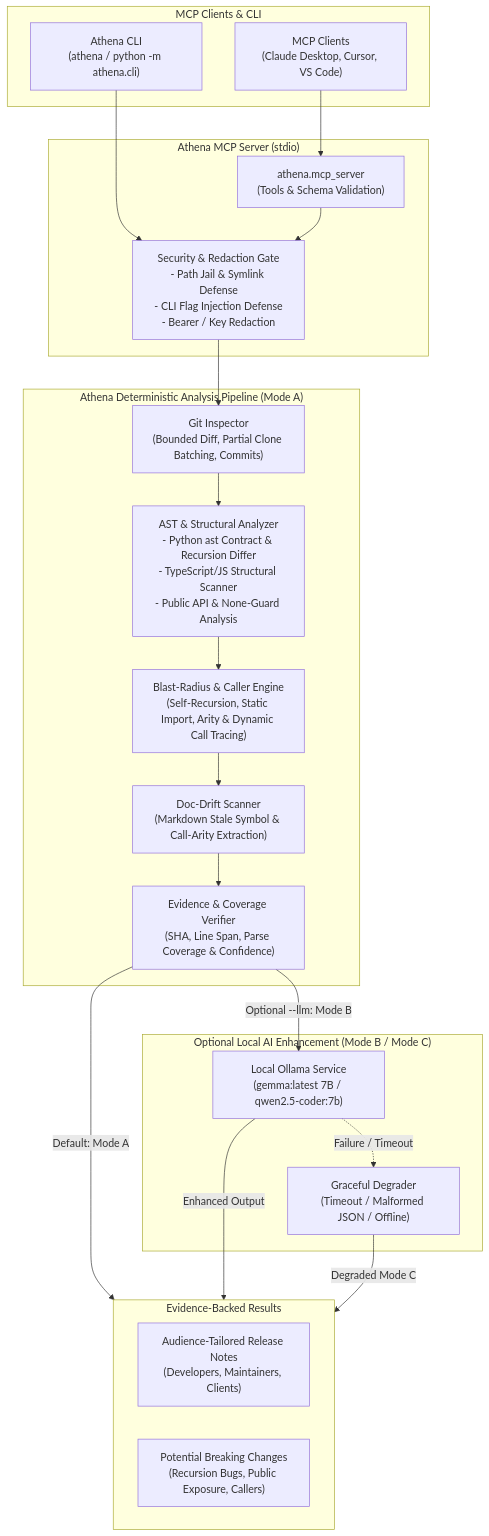
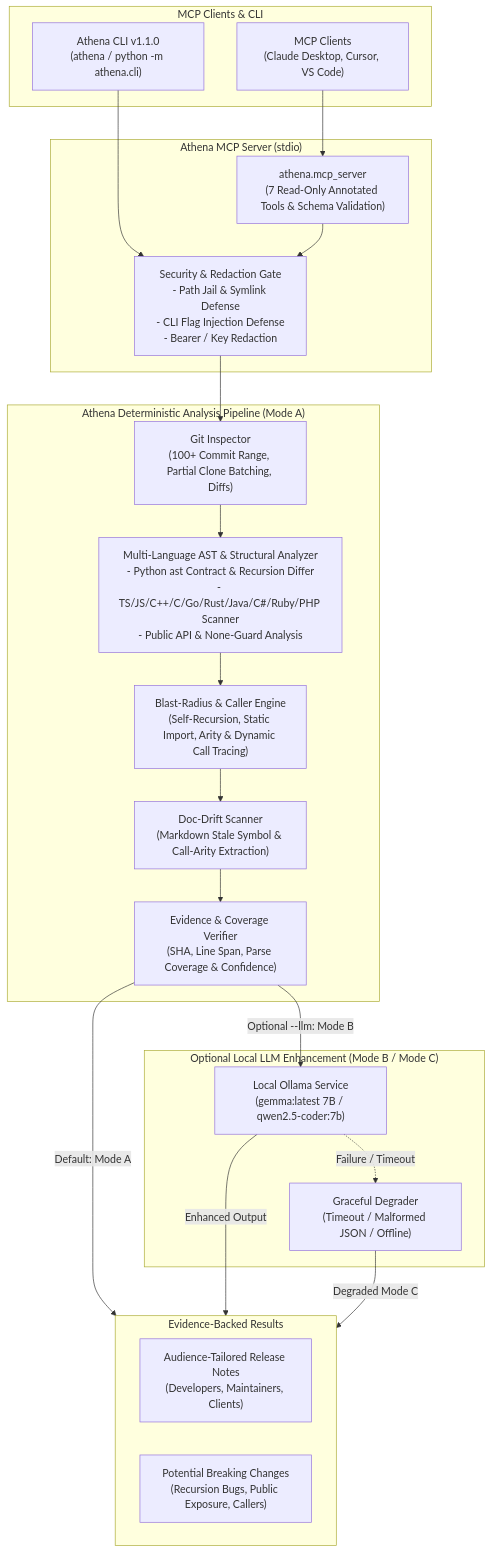
The diagram in README.md (Gh0stlyKn1ght/athena), drawn with Mermaid before and after one commit. The commit also changed other lines of this file and 19 other files, not shown here.

Commit message:
feat(v1.1.0): multi-language AST/structural diffing, 100+ commit MCP evaluation across 55 10k+ star repos with gemma & qwen, and maintainer metadata

````diff
--- a/README.md
+++ b/README.md
@@ -39,45 +43,45 @@
 ```mermaid
 flowchart TD
     subgraph Client["MCP Clients & CLI"]
-        CLI["Athena CLI\n(athena / python -m athena.cli)"]
+        CLI["Athena CLI v1.1.0\n(athena / python -m athena.cli)"]
         IDE["MCP Clients\n(Claude Desktop, Cursor, VS Code)"]
     end
 
     subgraph Server["Athena MCP Server (stdio)"]
-        MCP["athena.mcp_server\n(Tools & Schema Validation)"]
+        MCP["athena.mcp_server\n(7 Read-Only Annotated Tools & Schema Validation)"]
         SEC["Security & Redaction Gate\n- Path Jail & Symlink Defense\n- CLI Flag Injection Defense\n- Bearer / Key Redaction"]
     end
 
     subgraph Pipeline["Athena Deterministic Analysis Pipeline (Mode A)"]
-        GIT["Git Inspector\n(Bounded Diff, Partial Clone Batching, Commits)"]
-        AST["AST & Structural Analyzer\n- Python ast Contract & Recursion Differ\n- TypeScript/JS Structural Scanner\n- Public API & None-Guard Analysis"]
+        GIT["Git Inspector\n(100+ Commit Range, Partial Clone Batching, Diffs)"]
+        AST["Multi-Language AST & Structural Analyzer\n- Python ast Contract & Recursion Differ\n- TS/JS/C++/C/Go/Rust/Java/C#/Ruby/PHP Scanner\n- Public API & None-Guard Analysis"]
         BLAST["Blast-Radius & Caller Engine\n(Self-Recursion, Static Import, Arity & Dynamic Call Tracing)"]
         DRIFT["Doc-Drift Scanner\n(Markdown Stale Symbol & Call-Arity Extraction)"]
         VERIFY["Evidence & Coverage Verifier\n(SHA, Line Span, Parse Coverage & Confidence)"]
     end
 
-    subgraph OptionalAI["Optional Local AI Enhancement (Mode B / Mode C)"]
+    subgraph OptionalAI["Optional Local LLM Enhancement (Mode B / Mode C)"]
         OLLAMA["Local Ollama Service\n(gemma:latest 7B / qwen2.5-coder:7b)"]
         FALLBACK["Graceful Degrader\n(Timeout / Malformed JSON / Offline)"]
     end
 
     subgraph Output["Evidence-Backed Results"]
         REPORT["Audience-Tailored Release Notes\n(Developers, Maintainers, Clients)"]
         BREAK["Potential Breaking Changes\n(Recursion Bugs, Public Exposure, Callers)"]
     end
 
     CLI --> SEC
     IDE --> MCP
     MCP --> SEC
     SEC --> GIT
     GIT --> AST
     AST --> BLAST
     BLAST --> DRIFT
     DRIFT --> VERIFY
 
     VERIFY -->|Default: Mode A| Output
     VERIFY -->|Optional --llm: Mode B| OLLAMA
     OLLAMA -->|Enhanced Output| Output
     OLLAMA -.->|Failure / Timeout| FALLBACK
     FALLBACK -->|Degraded Mode C| Output
 ```
````
